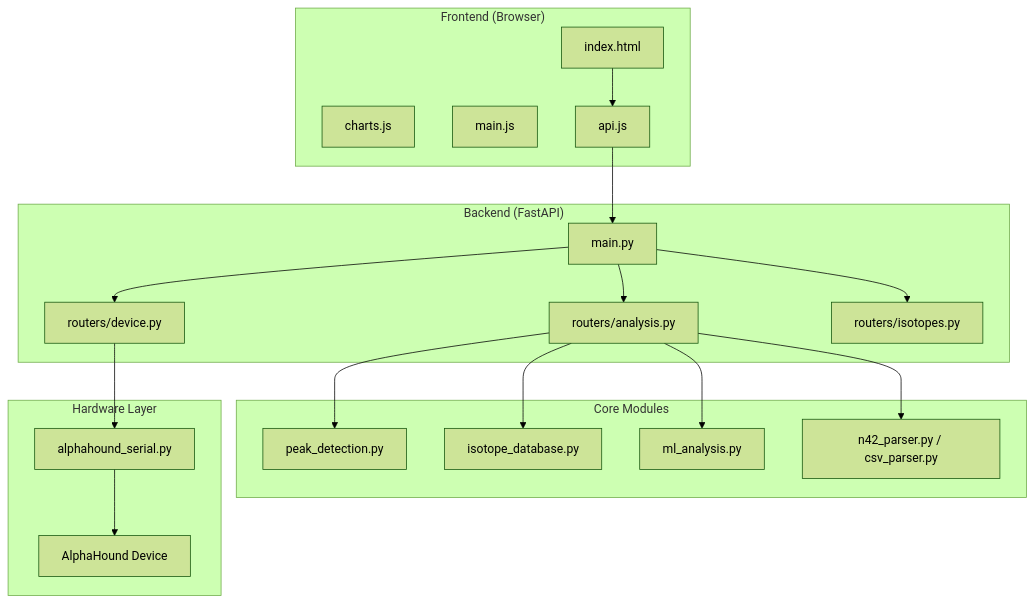
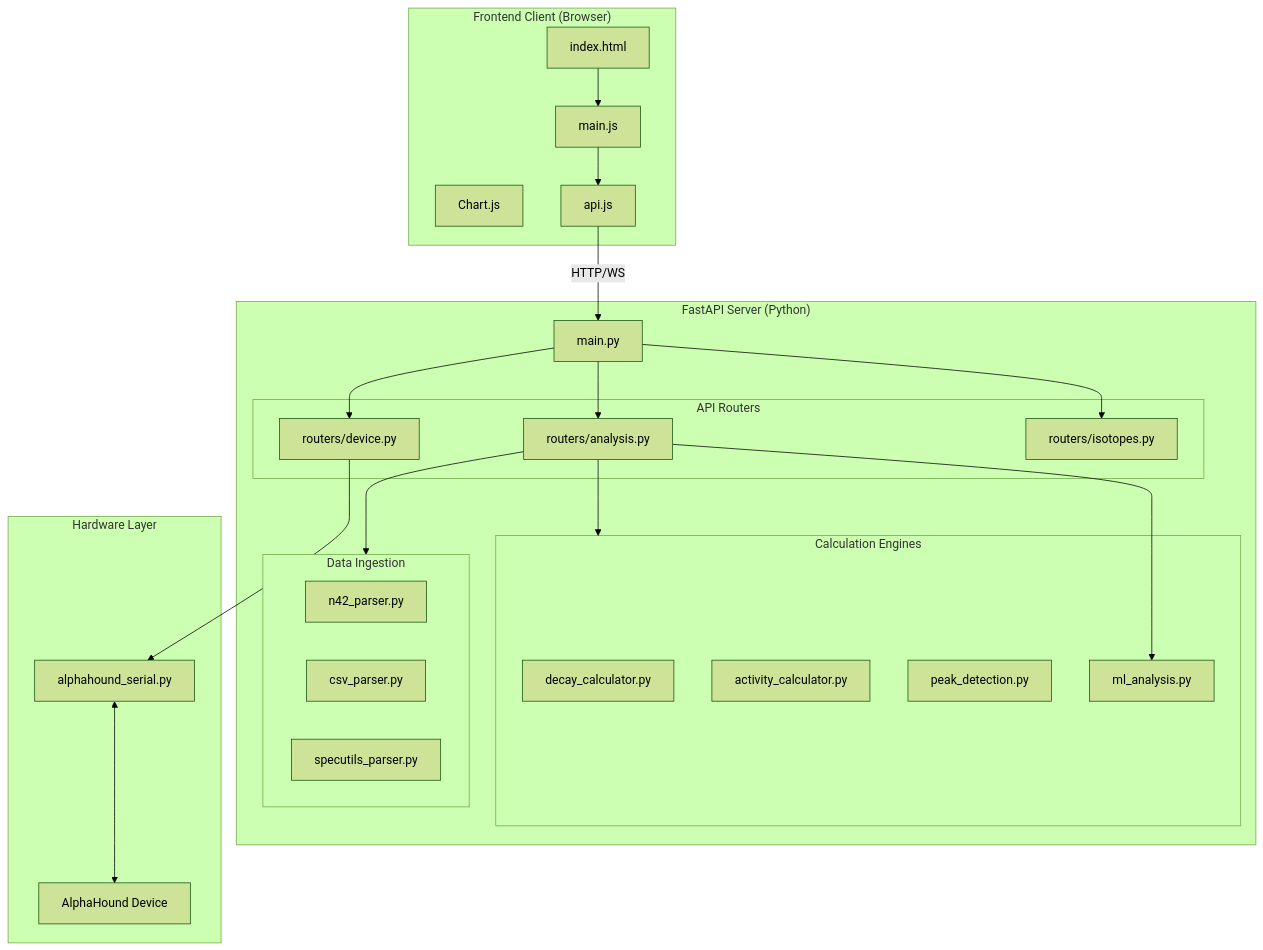
Before and after one commit to staticx57/AlphaHoundGUI: the first of 7 diagrams in THEORY_OF_OPERATION.md, drawn with Mermaid (forest theme). The commit also changed other lines of this file and 12 other files, not shown here.

````diff
--- a/THEORY_OF_OPERATION.md
+++ b/THEORY_OF_OPERATION.md
@@ -13,40 +13,52 @@
 ```mermaid
 flowchart TB
-    subgraph Frontend["Frontend (Browser)"]
+    subgraph Frontend["Frontend Client (Browser)"]
         UI[index.html]
-        Charts[charts.js]
-        MainJS[main.js]
-        API[api.js]
+        Logic[main.js]
+        Charts[Chart.js]
+        API_JS[api.js]
     end
     
-    subgraph Backend["Backend (FastAPI)"]
-        Main[main.py]
-        DeviceRouter[routers/device.py]
-        AnalysisRouter[routers/analysis.py]
-        IsotopesRouter[routers/isotopes.py]
+    subgraph Backend["FastAPI Server (Python)"]
+        Server[main.py]
+        
+        subgraph Routers["API Routers"]
+            RouteDev[routers/device.py]
+            RouteAna[routers/analysis.py]
+            RouteIso[routers/isotopes.py]
+        end
+        
+        subgraph Engines["Calculation Engines"]
+            DecayEng[decay_calculator.py]
+            ActCalc[activity_calculator.py]
+            PeakFit[peak_detection.py]
+            PyRIID[ml_analysis.py]
+        end
+        
+        subgraph Parsers["Data Ingestion"]
+            N42[n42_parser.py]
+            CSV[csv_parser.py]
+            UniLoad[specutils_parser.py]
+        end
     end
     
-    subgraph Core["Core Modules"]
-        PeakDetect[peak_detection.py]
-        IsotopeDB[isotope_database.py]
-        MLAnalysis[ml_analysis.py]
-        Parsers[n42_parser.py / csv_parser.py]
+    subgraph Hardware["Hardware Layer"]
+        Driver[alphahound_serial.py]
+        Device[AlphaHound Device]
     end
     
-    subgraph Device["Hardware Layer"]
-        AlphaHound[alphahound_serial.py]
-        SerialPort[AlphaHound Device]
-    end
+    UI --> Logic
+    Logic --> API_JS
+    API_JS --HTTP/WS--> Server
     
-    UI --> API
-    API --> Main
-    Main --> DeviceRouter
-    Main --> AnalysisRouter
-    Main --> IsotopesRouter
-    AnalysisRouter --> PeakDetect
-    AnalysisRouter --> IsotopeDB
-    AnalysisRouter --> MLAnalysis
-    AnalysisRouter --> Parsers
-    DeviceRouter --> AlphaHound
-    AlphaHound --> SerialPort
+    Server --> RouteDev
+    Server --> RouteAna
+    Server --> RouteIso
+    
+    RouteDev --> Driver
+    Driver <--> Device
+    
+    RouteAna --> Parsers
+    RouteAna --> Engines
+    RouteAna --> PyRIID
 ```
````
